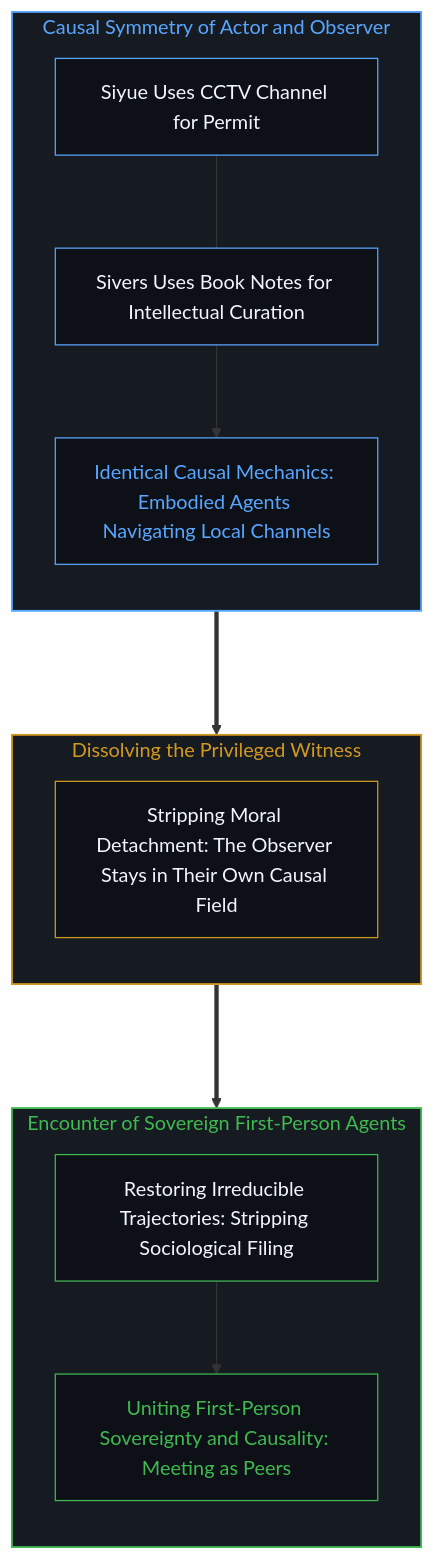
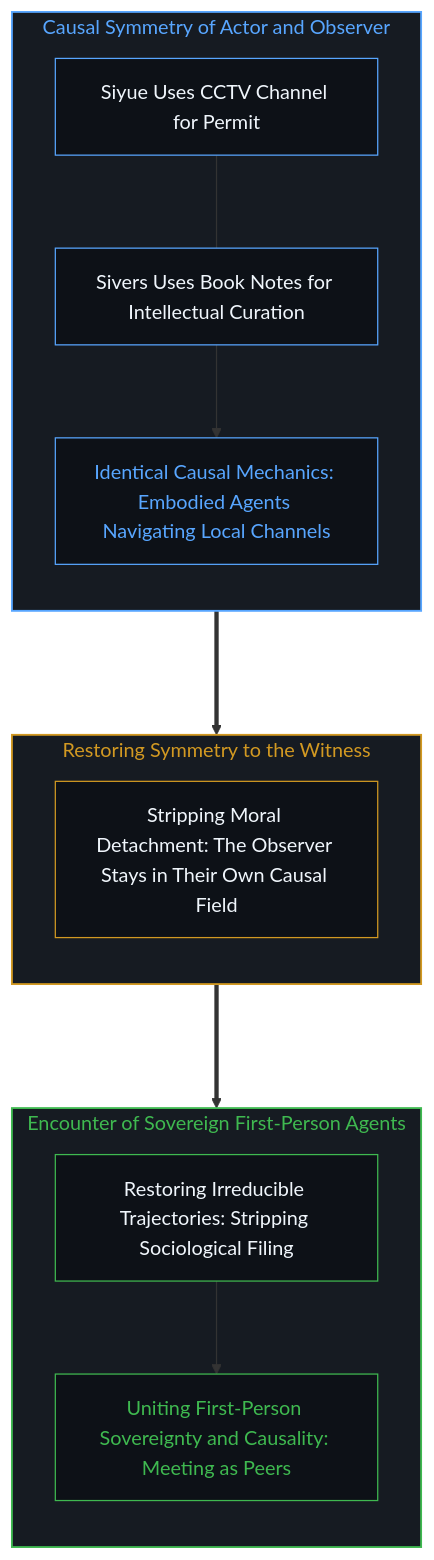
Before and after one commit to powerpig99/not-a-toe: the eighth of 8 diagrams in content/posts/the-name-revolution-files-a-life-as-evidence.md, drawn with Mermaid. The commit also changed other lines of this file and 3 other files, not shown here.

````diff
--- a/content/posts/the-name-revolution-files-a-life-as-evidence.md
+++ b/content/posts/the-name-revolution-files-a-life-as-evidence.md
@@ -265,31 +265,31 @@
 ```mermaid
 graph TD
     subgraph S_CausalSymmetry_EN ["Causal Symmetry of Actor and Observer"]
         direction TB
         JE1["Siyue Uses CCTV Channel for Permit"] --- JE2["Sivers Uses Book Notes for Intellectual Curation"]
         JE2 --> JE3["Identical Causal Mechanics: Embodied Agents Navigating Local Channels"]
     end
 
-    subgraph S_WitnessMyth_EN ["Dissolving the Privileged Witness"]
+    subgraph S_WitnessSymmetry_EN ["Restoring Symmetry to the Witness"]
         direction TB
         KE1["Stripping Moral Detachment: The Observer Stays in Their Own Causal Field"]
     end
 
     subgraph S_SovereignEncounter_EN ["Encounter of Sovereign First-Person Agents"]
         direction TB
         LE1["Restoring Irreducible Trajectories: Stripping Sociological Filing"] --> LE2["Uniting First-Person Sovereignty and Causality: Meeting as Peers"]
     end
 
     JE3 ===> KE1
     KE1 ===> LE1
 
     style S_CausalSymmetry_EN fill:#161b22,stroke:#58a6ff,stroke-width:1.5px,color:#58a6ff
-    style S_WitnessMyth_EN fill:#161b22,stroke:#d29922,stroke-width:1.5px,color:#d29922
+    style S_WitnessSymmetry_EN fill:#161b22,stroke:#d29922,stroke-width:1.5px,color:#d29922
     style S_SovereignEncounter_EN fill:#161b22,stroke:#3fb950,stroke-width:1.5px,color:#3fb950
     style JE1 fill:#0d1117,stroke:#58a6ff,stroke-width:1px,color:#f0f6fc
     style JE2 fill:#0d1117,stroke:#58a6ff,stroke-width:1px,color:#f0f6fc
     style JE3 fill:#0d1117,stroke:#58a6ff,stroke-width:1px,color:#58a6ff
     style KE1 fill:#0d1117,stroke:#d29922,stroke-width:1px,color:#f0f6fc
     style LE1 fill:#0d1117,stroke:#3fb950,stroke-width:1px,color:#f0f6fc
     style LE2 fill:#0d1117,stroke:#3fb950,stroke-width:1px,color:#3fb950
 ```
````
